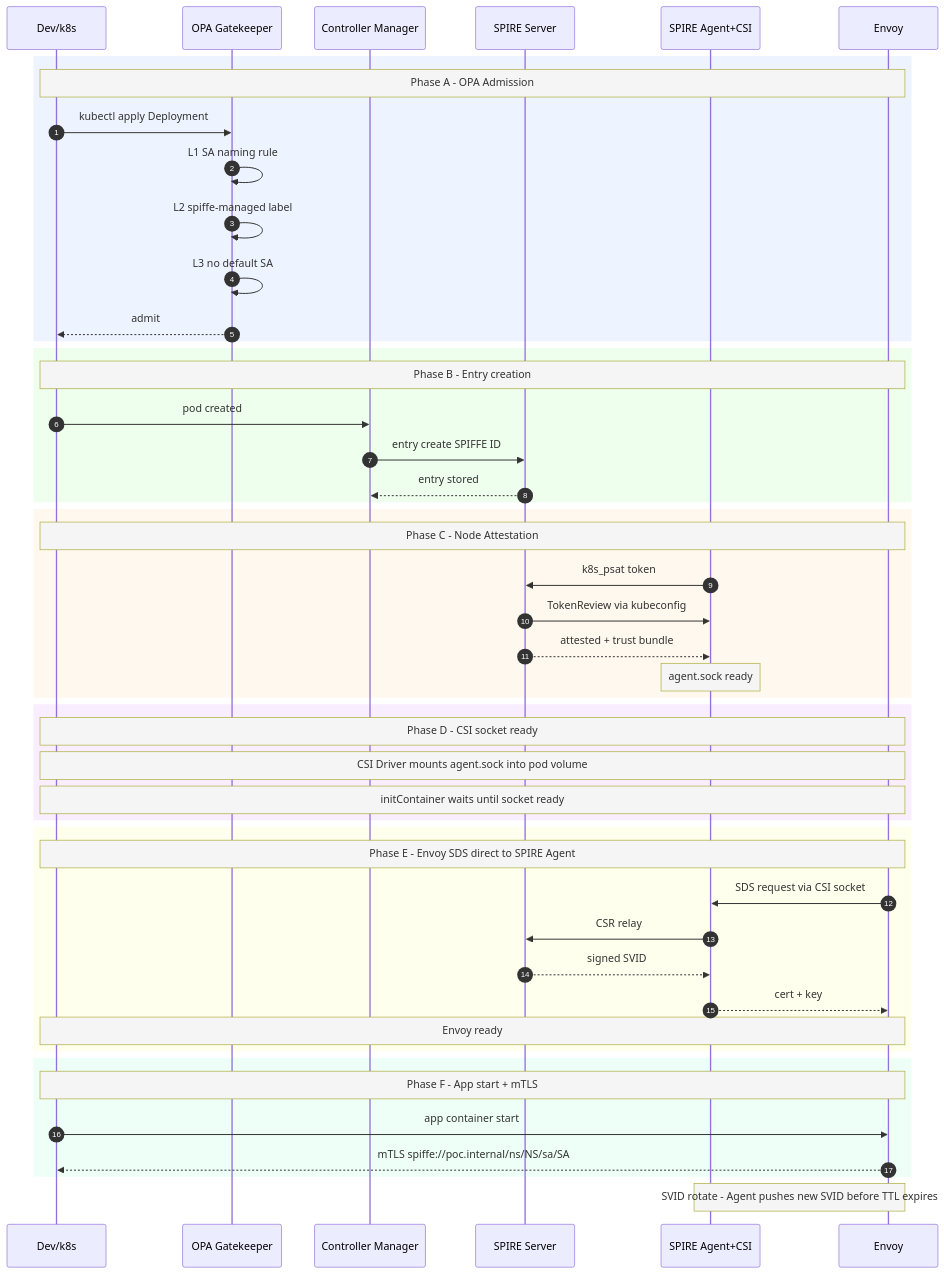
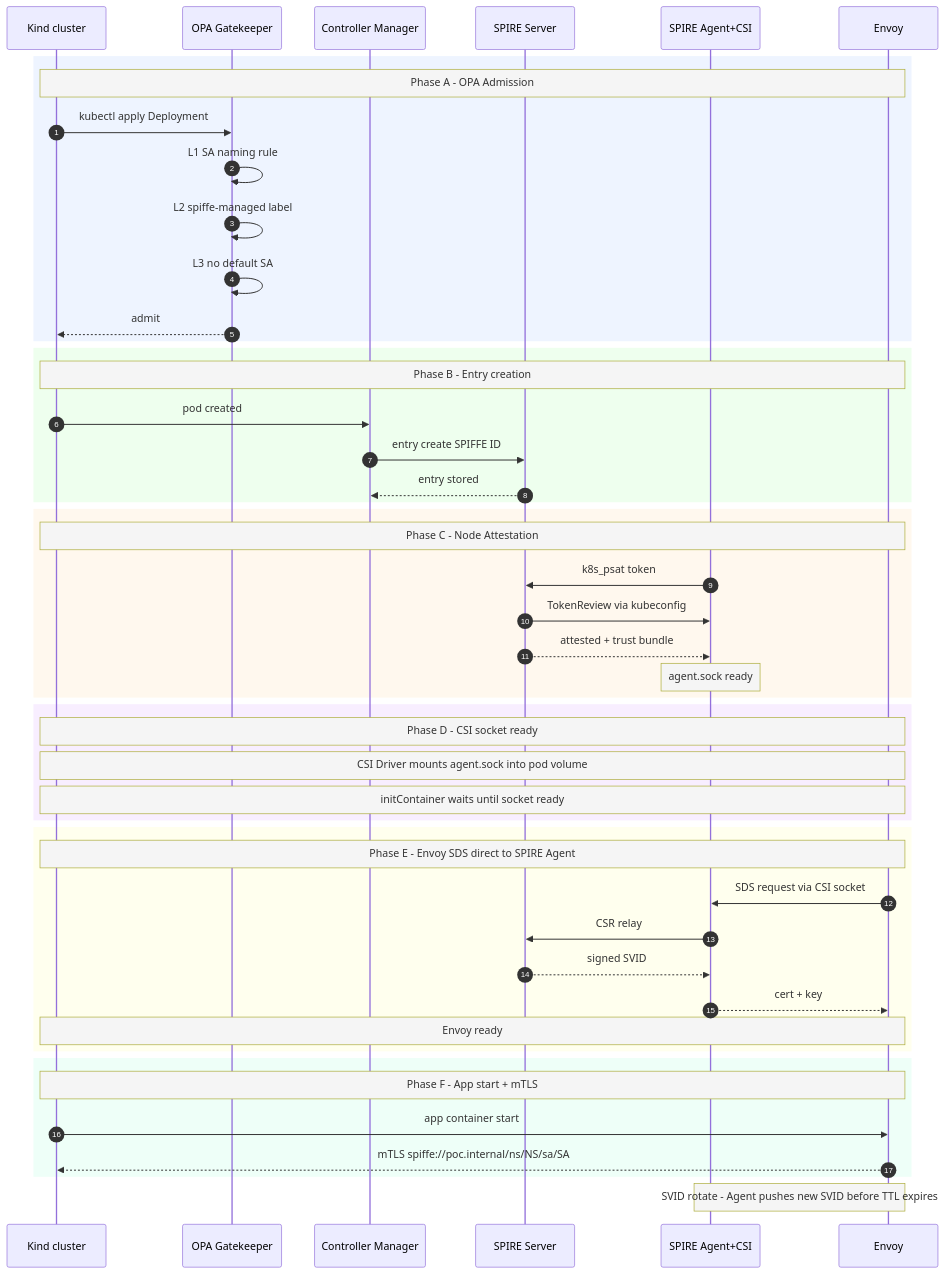
The diagram in docs/spire-istio-poc-summary.md (benchen149/kind-spire-istio-poc), drawn with Mermaid before and after one commit.

Commit message:
docs: rename Dev/k8s participant to Kind cluster in sequence diagram

````diff
--- a/docs/spire-istio-poc-summary.md
+++ b/docs/spire-istio-poc-summary.md
@@ -99,58 +99,58 @@
 ```mermaid
 %%{init: {'theme': 'default', 'themeVariables': {'noteBkgColor': '#f5f5f5', 'noteTextColor': '#333', 'activationBkgColor': '#e8e8e8'}}}%%
 sequenceDiagram
     autonumber
-    participant Dev as Dev/k8s
+    participant Kind as Kind cluster
     participant OPA as OPA Gatekeeper
     participant CM  as Controller Manager
     participant SS  as SPIRE Server
     participant SA  as SPIRE Agent+CSI
     participant EN  as Envoy
 
     rect rgb(238, 244, 255)
-        Note over Dev,EN: Phase A - OPA Admission
-        Dev->>OPA: kubectl apply Deployment
+        Note over Kind,EN: Phase A - OPA Admission
+        Kind->>OPA: kubectl apply Deployment
         OPA->>OPA: L1 SA naming rule
         OPA->>OPA: L2 spiffe-managed label
         OPA->>OPA: L3 no default SA
-        OPA-->>Dev: admit
+        OPA-->>Kind: admit
     end
 
     rect rgb(238, 255, 238)
-        Note over Dev,EN: Phase B - Entry creation
-        Dev->>CM: pod created
+        Note over Kind,EN: Phase B - Entry creation
+        Kind->>CM: pod created
         CM->>SS: entry create SPIFFE ID
         SS-->>CM: entry stored
     end
 
     rect rgb(255, 248, 238)
-        Note over Dev,EN: Phase C - Node Attestation
+        Note over Kind,EN: Phase C - Node Attestation
         SA->>SS: k8s_psat token
         SS->>SA: TokenReview via kubeconfig
         SS-->>SA: attested + trust bundle
         Note over SA: agent.sock ready
     end
 
     rect rgb(248, 238, 255)
-        Note over Dev,EN: Phase D - CSI socket ready
-        Note over Dev,EN: CSI Driver mounts agent.sock into pod volume
-        Note over Dev,EN: initContainer waits until socket ready
+        Note over Kind,EN: Phase D - CSI socket ready
+        Note over Kind,EN: CSI Driver mounts agent.sock into pod volume
+        Note over Kind,EN: initContainer waits until socket ready
     end
 
     rect rgb(255, 255, 238)
-        Note over Dev,EN: Phase E - Envoy SDS direct to SPIRE Agent
+        Note over Kind,EN: Phase E - Envoy SDS direct to SPIRE Agent
         EN->>SA: SDS request via CSI socket
         SA->>SS: CSR relay
         SS-->>SA: signed SVID
         SA-->>EN: cert + key
-        Note over Dev,EN: Envoy ready
+        Note over Kind,EN: Envoy ready
     end
 
     rect rgb(238, 255, 248)
-        Note over Dev,EN: Phase F - App start + mTLS
-        Dev->>EN: app container start
-        EN-->>Dev: mTLS spiffe://poc.internal/ns/NS/sa/SA
+        Note over Kind,EN: Phase F - App start + mTLS
+        Kind->>EN: app container start
+        EN-->>Kind: mTLS spiffe://poc.internal/ns/NS/sa/SA
     end
 
     Note over SA,EN: SVID rotate - Agent pushes new SVID before TTL expires
 ```
````
